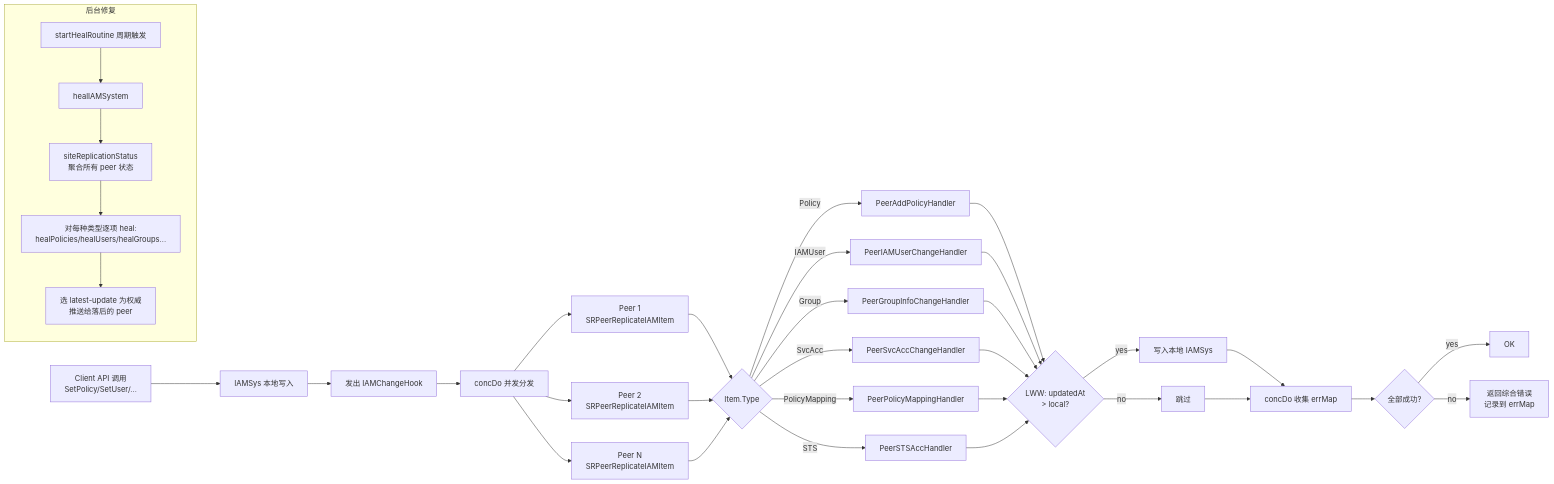
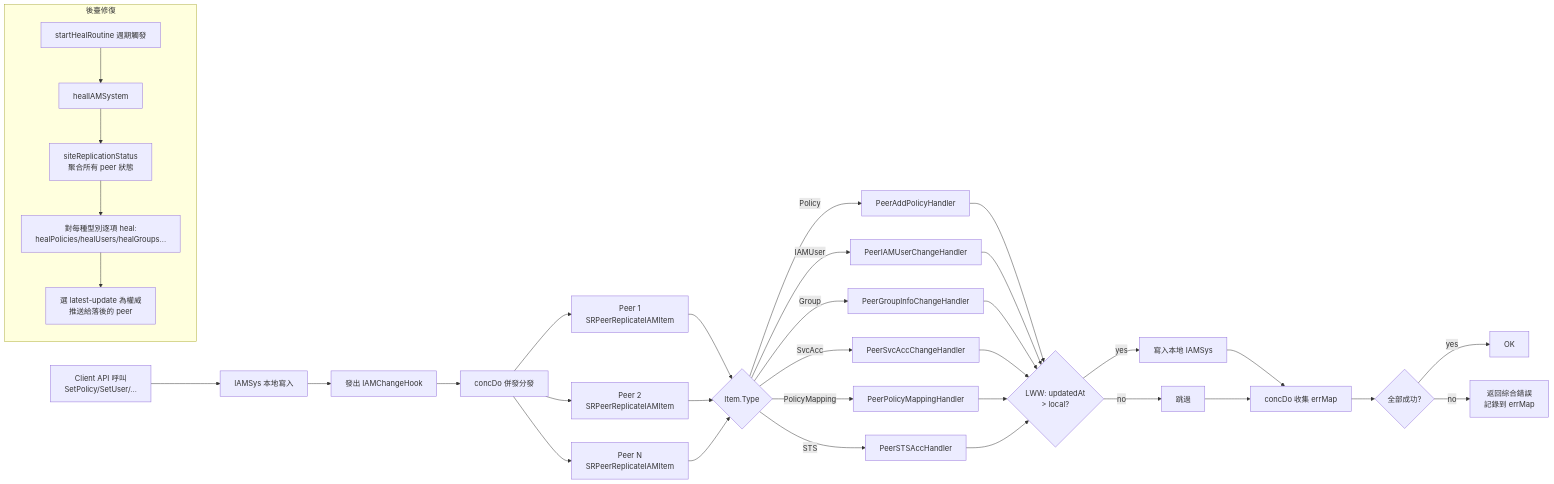
One commit to cysu01/minio changed the eighth of 8 diagrams in repo-analysis/drafts/06-module-replication.md. Above: the diagram before and after it, drawn with Mermaid. The commit also changed other lines of this file and 14 other files, not shown here.

````diff
--- a/repo-analysis/drafts/06-module-replication.md
+++ b/repo-analysis/drafts/06-module-replication.md
@@ -784,31 +784,31 @@
 ```mermaid
 flowchart LR
-    A[Client API 调用<br/>SetPolicy/SetUser/...] --> B[IAMSys 本地写入]
-    B --> C[发出 IAMChangeHook]
-    C --> D[concDo 并发分发]
+    A[Client API 呼叫<br/>SetPolicy/SetUser/...] --> B[IAMSys 本地寫入]
+    B --> C[發出 IAMChangeHook]
+    C --> D[concDo 併發分發]
     D --> E1[Peer 1<br/>SRPeerReplicateIAMItem]
     D --> E2[Peer 2<br/>SRPeerReplicateIAMItem]
     D --> E3[Peer N<br/>SRPeerReplicateIAMItem]
     E1 & E2 & E3 --> F{Item.Type}
     F -- Policy --> G1[PeerAddPolicyHandler]
     F -- IAMUser --> G2[PeerIAMUserChangeHandler]
     F -- Group --> G3[PeerGroupInfoChangeHandler]
     F -- SvcAcc --> G4[PeerSvcAccChangeHandler]
     F -- PolicyMapping --> G5[PeerPolicyMappingHandler]
     F -- STS --> G6[PeerSTSAccHandler]
     G1 & G2 & G3 & G4 & G5 & G6 --> H{LWW: updatedAt<br/>> local?}
-    H -- no --> I[跳过]
-    H -- yes --> J[写入本地 IAMSys]
+    H -- no --> I[跳過]
+    H -- yes --> J[寫入本地 IAMSys]
     J --> K[concDo 收集 errMap]
     I --> K
     K --> L{全部成功?}
     L -- yes --> M[OK]
-    L -- no --> N[返回综合错误<br/>记录到 errMap]
+    L -- no --> N[返回綜合錯誤<br/>記錄到 errMap]
     
-    subgraph 后台修复
-        O[startHealRoutine 周期触发] --> P[healIAMSystem]
-        P --> Q[siteReplicationStatus<br/>聚合所有 peer 状态]
-        Q --> R[对每种类型逐项 heal:<br/>healPolicies/healUsers/healGroups...]
-        R --> S[选 latest-update 为权威<br/>推送给落后的 peer]
+    subgraph 後臺修復
+        O[startHealRoutine 週期觸發] --> P[healIAMSystem]
+        P --> Q[siteReplicationStatus<br/>聚合所有 peer 狀態]
+        Q --> R[對每種型別逐項 heal:<br/>healPolicies/healUsers/healGroups...]
+        R --> S[選 latest-update 為權威<br/>推送給落後的 peer]
     end
 ```
````
